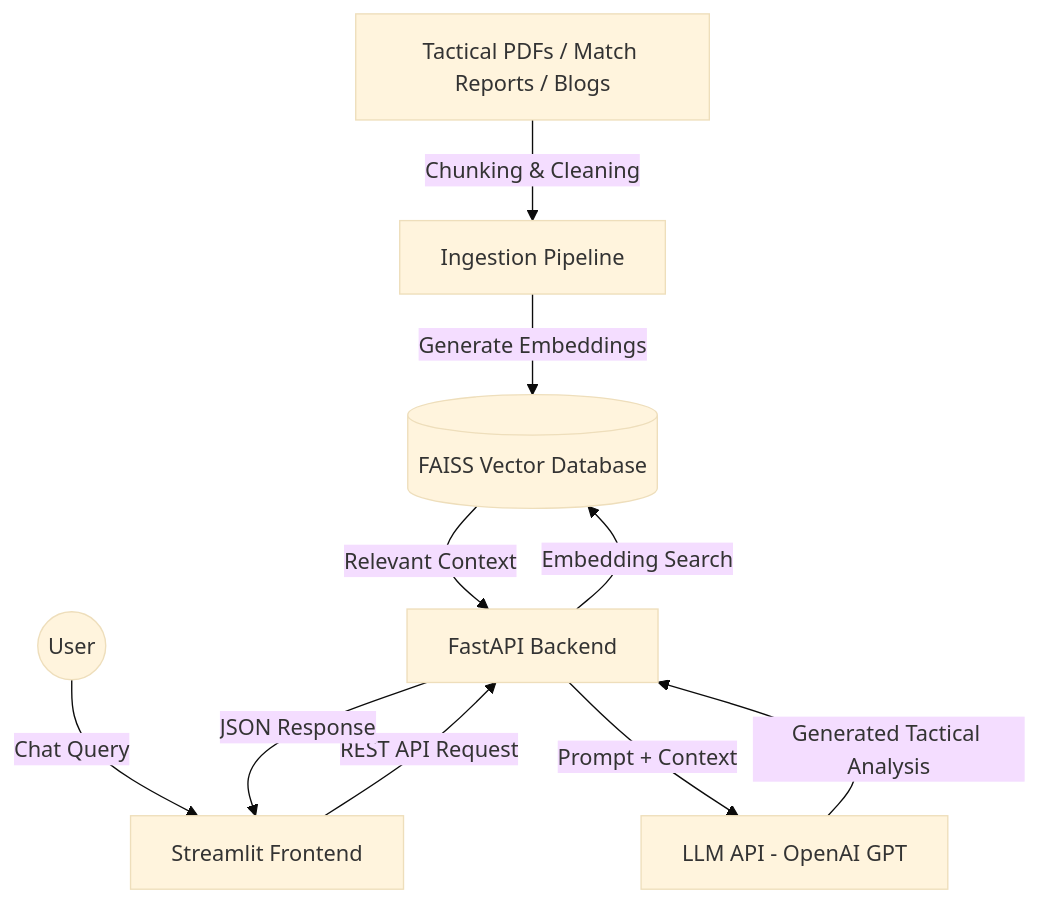
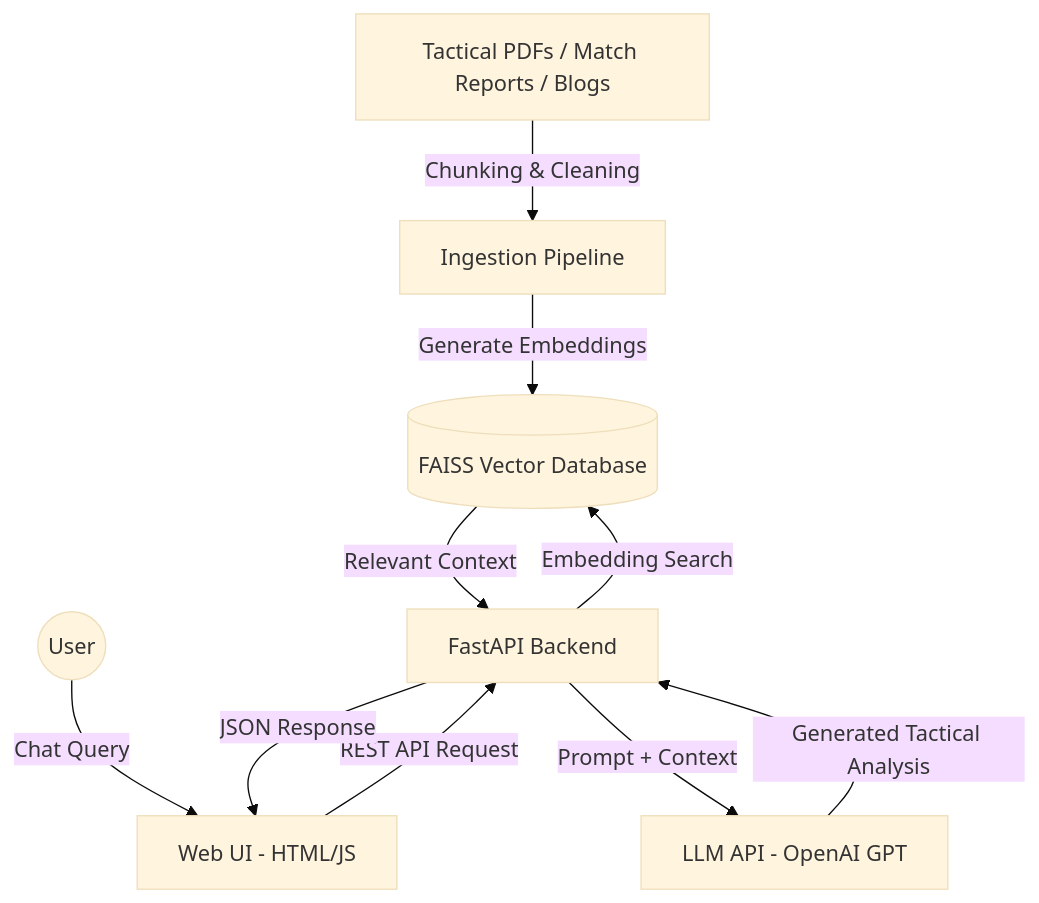
One commit to Akilan-J/FootBot changed the diagram in README.md. Above: the diagram before and after it, drawn with Mermaid (base theme). The commit also changed other lines of this file and 6 other files, not shown here.

First line of the commit message:
chore: retire the legacy Streamlit frontend

````diff
--- a/README.md
+++ b/README.md
@@ -30,23 +30,23 @@
 ```mermaid
 graph TD
 
     A[Tactical PDFs / Match Reports / Blogs]
     -->|Chunking & Cleaning| B[Ingestion Pipeline]
 
     B -->|Generate Embeddings| C[(FAISS Vector Database)]
 
     User((User))
-    -->|Chat Query| D[Streamlit Frontend]
+    -->|Chat Query| D[Web UI - HTML/JS]
 
     D -->|REST API Request| E[FastAPI Backend]
 
     E -->|Embedding Search| C
 
     C -->|Relevant Context| E
 
     E -->|Prompt + Context| F[LLM API - OpenAI GPT]
 
     F -->|Generated Tactical Analysis| E
 
     E -->|JSON Response| D
 ```
````
